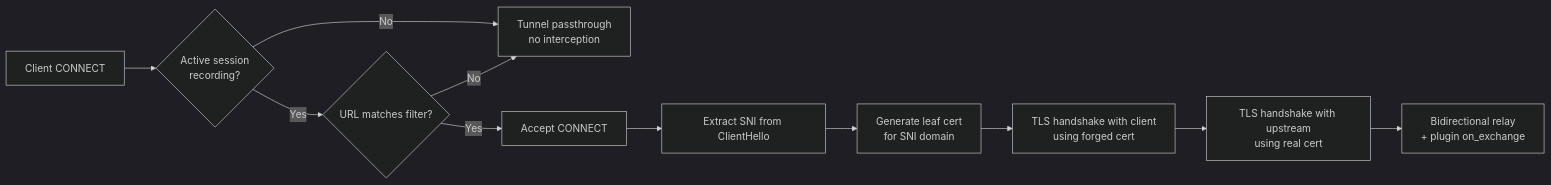
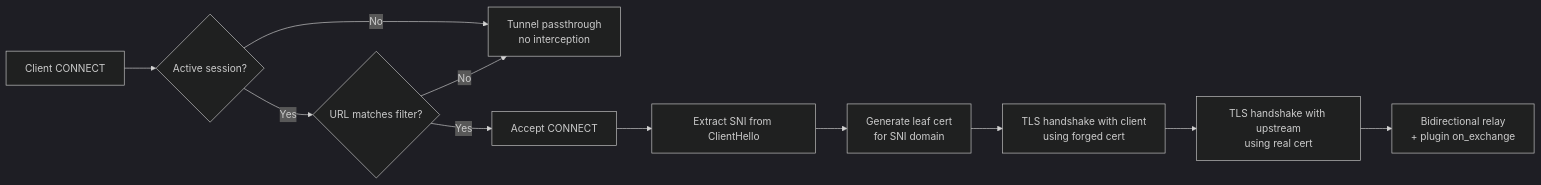
Before and after one commit to Gile987/scope: the third of 4 diagrams in docs/design/rust-tls-proxy.md, drawn with Mermaid (dark theme). The commit also changed other lines of this file, not shown here.

Commit message:
docs: decouple recording from proxy — sessions are the proxy concept, recording is HAR plugin internal

````diff
--- a/docs/design/rust-tls-proxy.md
+++ b/docs/design/rust-tls-proxy.md
@@ -232,13 +231,13 @@
 ```mermaid
 flowchart LR
-    A[Client CONNECT] --> B{Active session<br/>recording?}
+    A[Client CONNECT] --> B{Active session?}
     B -->|No| C[Tunnel passthrough<br/>no interception]
     B -->|Yes| D{URL matches filter?}
     D -->|No| C
     D -->|Yes| E[Accept CONNECT]
     E --> F[Extract SNI from ClientHello]
     F --> G[Generate leaf cert<br/>for SNI domain]
     G --> H[TLS handshake with client<br/>using forged cert]
     H --> I[TLS handshake with upstream<br/>using real cert]
     I --> J[Bidirectional relay<br/>+ plugin on_exchange]
 ```
````
